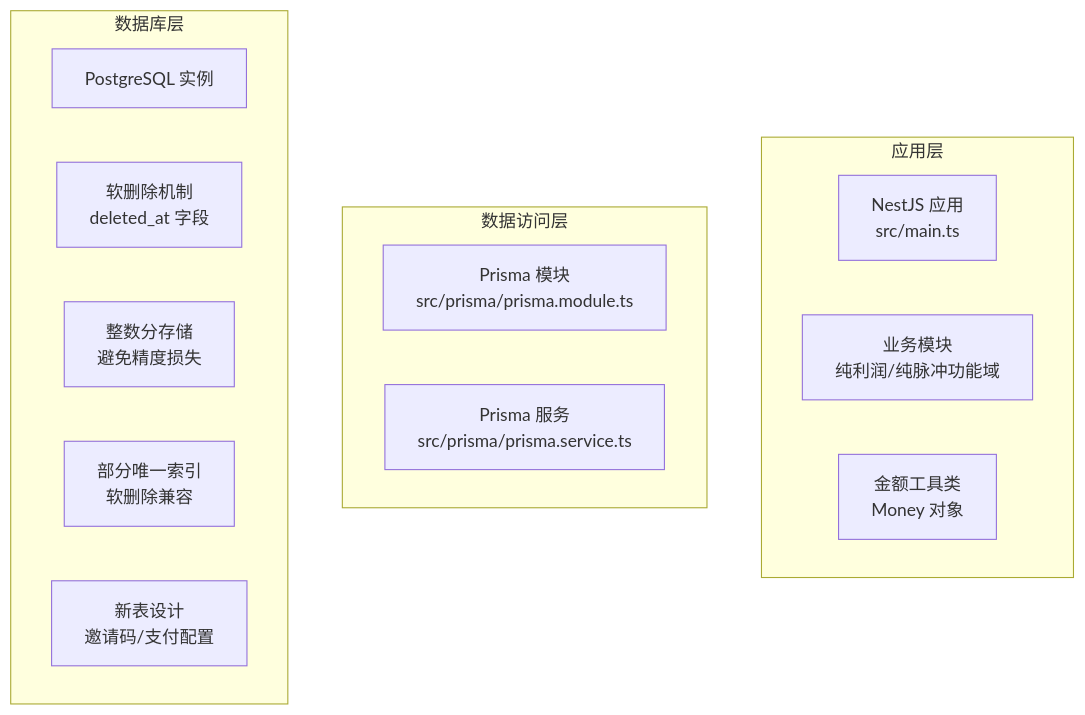
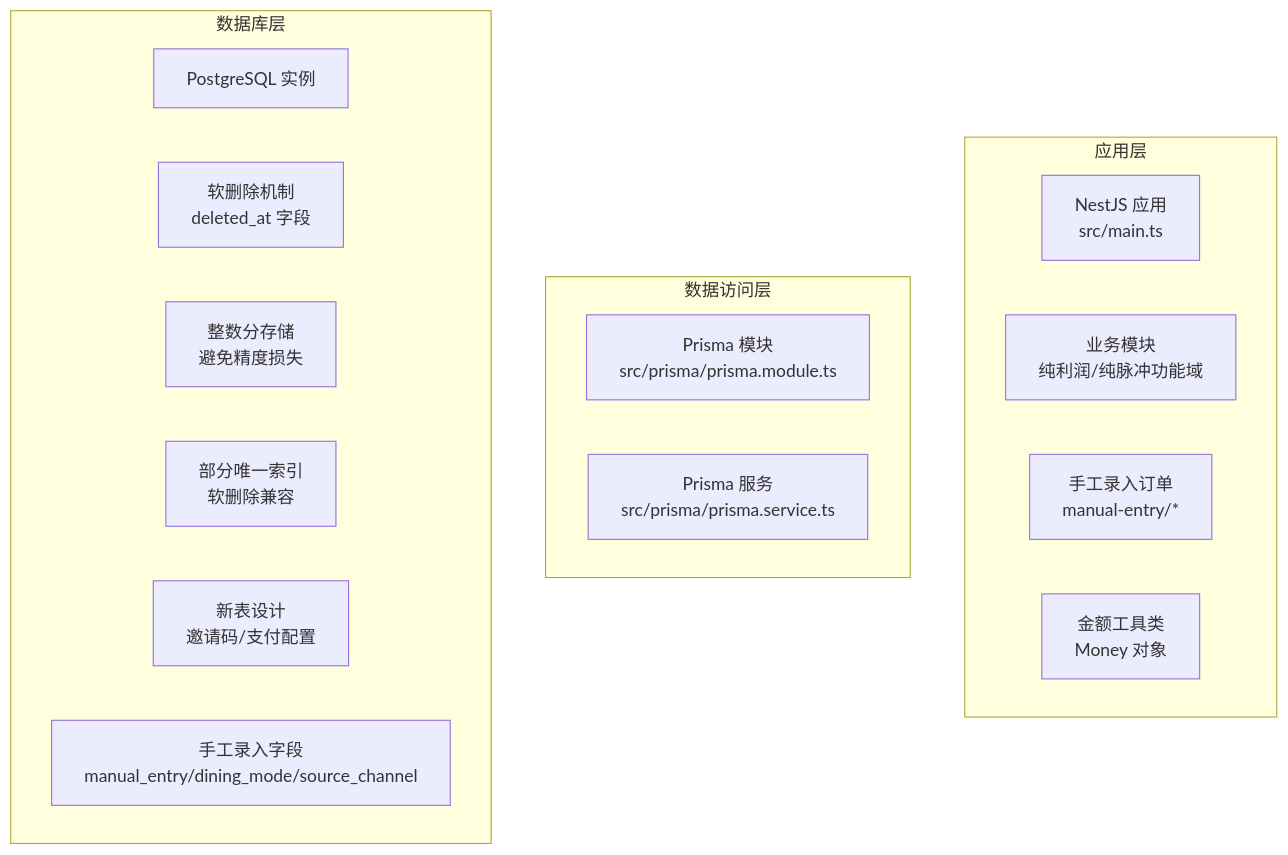
Before and after one commit to rc558620/purelyprofit-server: the second of 18 diagrams in .qoder/repowiki/zh/content/数据库设计/数据库架构概览.md, drawn with Mermaid. The commit also changed other lines of this file and 16 other files, not shown here.

````diff
--- a/.qoder/repowiki/zh/content/数据库设计/数据库架构概览.md
+++ b/.qoder/repowiki/zh/content/数据库设计/数据库架构概览.md
@@ -176,19 +187,21 @@
 ```mermaid
 graph TB
 subgraph "应用层"
 APP["NestJS 应用<br/>src/main.ts"]
 MOD["业务模块<br/>纯利润/纯脉冲功能域"]
+MANUAL["手工录入订单<br/>manual-entry/*"]
 MONEY["金额工具类<br/>Money 对象"]
 end
 subgraph "数据访问层"
 PRISMA_MOD["Prisma 模块<br/>src/prisma/prisma.module.ts"]
 PRISMA_SRV["Prisma 服务<br/>src/prisma/prisma.service.ts"]
 end
 subgraph "数据库层"
 PG["PostgreSQL 实例"]
 SOFTDEL["软删除机制<br/>deleted_at 字段"]
 INTAMOUNT["整数分存储<br/>避免精度损失"]
 PARTIALIDX["部分唯一索引<br/>软删除兼容"]
 NEWTABLES["新表设计<br/>邀请码/支付配置"]
+MANUALFIELDS["手工录入字段<br/>manual_entry/dining_mode/source_channel"]
 end
 ```
````
